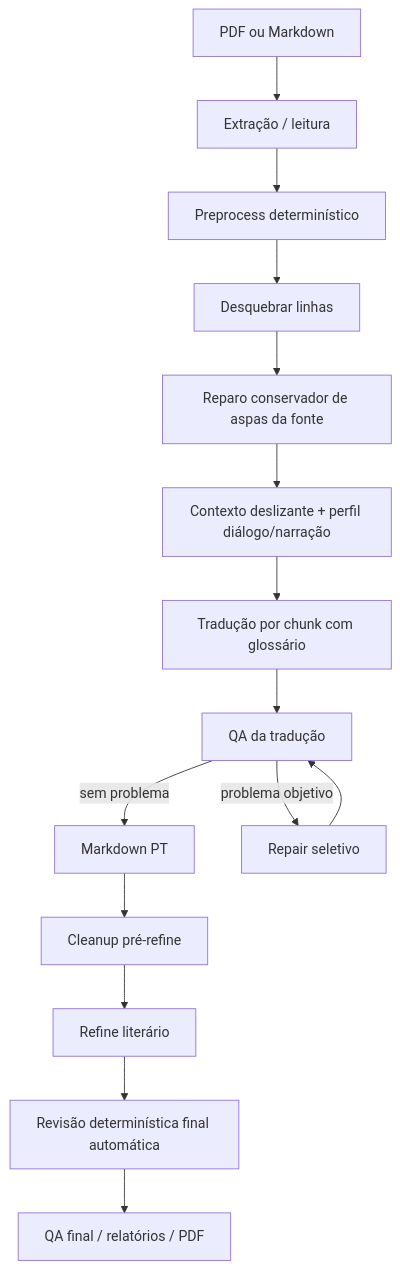
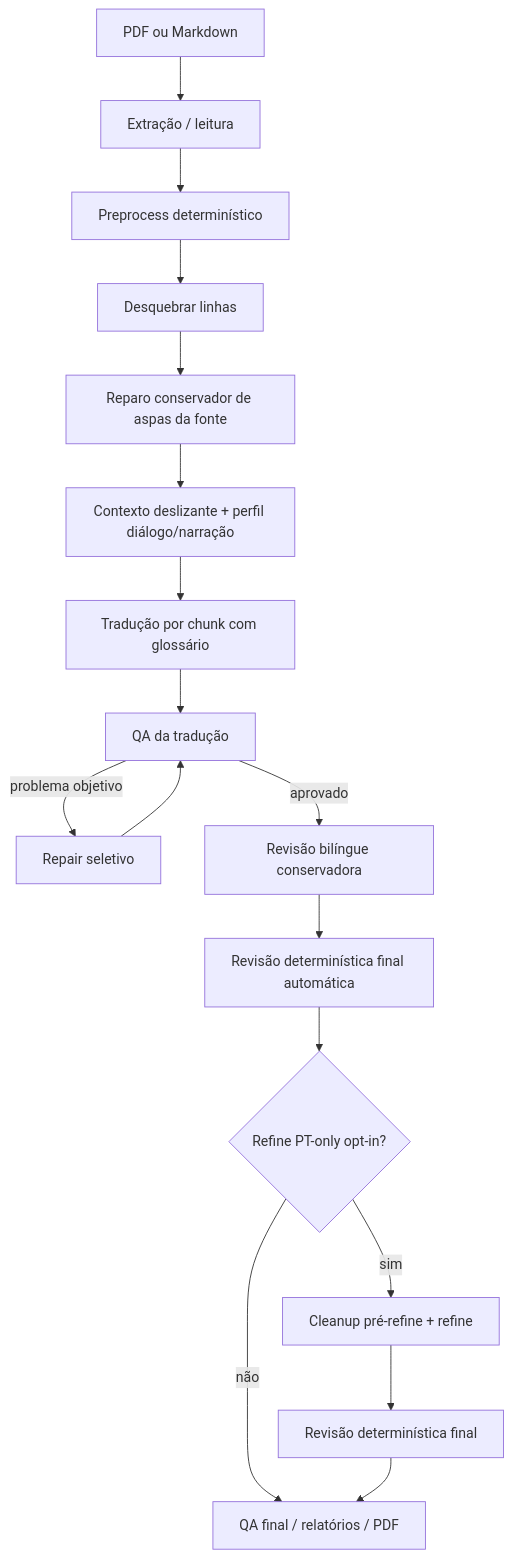
The diagram in docs/PIPELINE.md (elcelsius/tradutor_llm), drawn with Mermaid before and after one commit. The commit also changed other lines of this file and 47 other files, not shown here.

````diff
--- a/docs/PIPELINE.md
+++ b/docs/PIPELINE.md
@@ -7,17 +7,19 @@
 ```mermaid
 flowchart TD
     A[PDF ou Markdown] --> B[Extração / leitura]
     B --> C[Preprocess determinístico]
     C --> D[Desquebrar linhas]
     D --> D1[Reparo conservador de aspas da fonte]
     D1 --> E1[Contexto deslizante + perfil diálogo/narração]
     E1 --> E[Tradução por chunk com glossário]
     E --> F[QA da tradução]
-    F -->|sem problema| H[Markdown PT]
     F -->|problema objetivo| G[Repair seletivo]
     G --> F
-    H --> I[Cleanup pré-refine]
-    I --> J[Refine literário]
-    J --> K[Revisão determinística final automática]
-    K --> L[QA final / relatórios / PDF]
+    F -->|aprovado| H[Revisão bilíngue conservadora]
+    H --> I[Revisão determinística final automática]
+    I --> J{Refine PT-only opt-in?}
+    J -->|não| L[QA final / relatórios / PDF]
+    J -->|sim| K[Cleanup pré-refine + refine]
+    K --> M[Revisão determinística final]
+    M --> L
 ```
````
